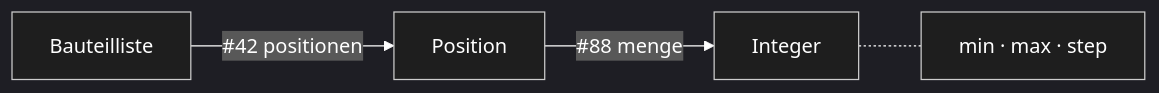
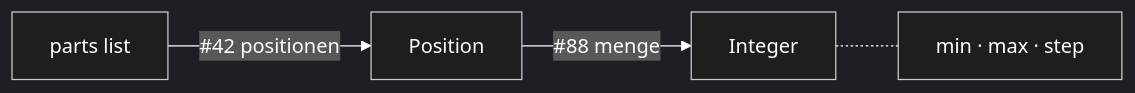
The diagram in docs/NewConcept/91-open-questions.md (sfambach/wp-taxonomy-modeler), drawn with Mermaid before and after one commit. The commit also changed other lines of this file and 7 other files, not shown here.

````diff
--- a/docs/NewConcept/91-open-questions.md
+++ b/docs/NewConcept/91-open-questions.md
@@ -761,17 +761,17 @@
 ```mermaid
 ---
 config:
   theme: dark
   themeVariables:
     mainBkg: "#1e1e1e"
     background: "#1e1e1e"
     primaryColor: "#1e1e1e"
     classText: "#ffffff"
     textColor: "#ffffff"
     lineColor: "#ffffff"
 ---
 flowchart LR
-    B[Bauteilliste] -->|#42 positionen| P[Position]
+    B[parts list] -->|#42 positionen| P[Position]
     P -->|#88 menge| I[Integer]
     I -.- S["min · max · step"]
 ```
````
